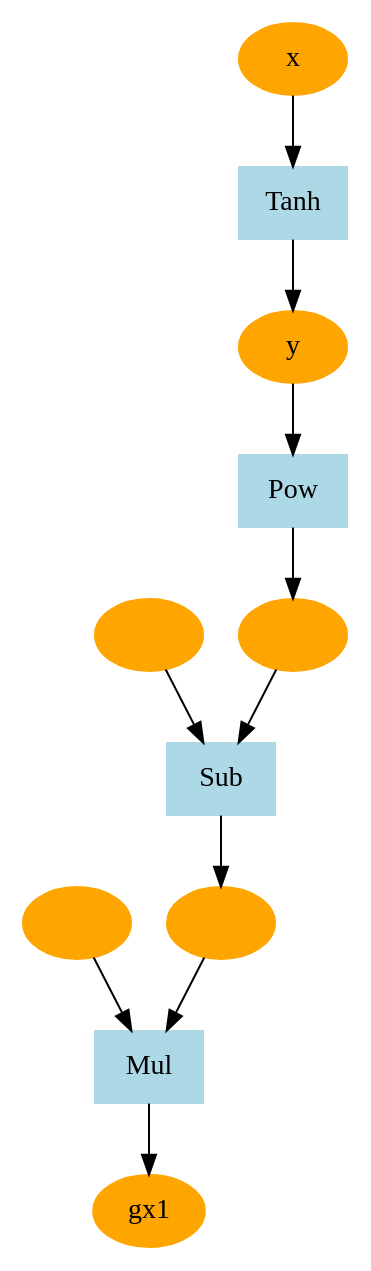
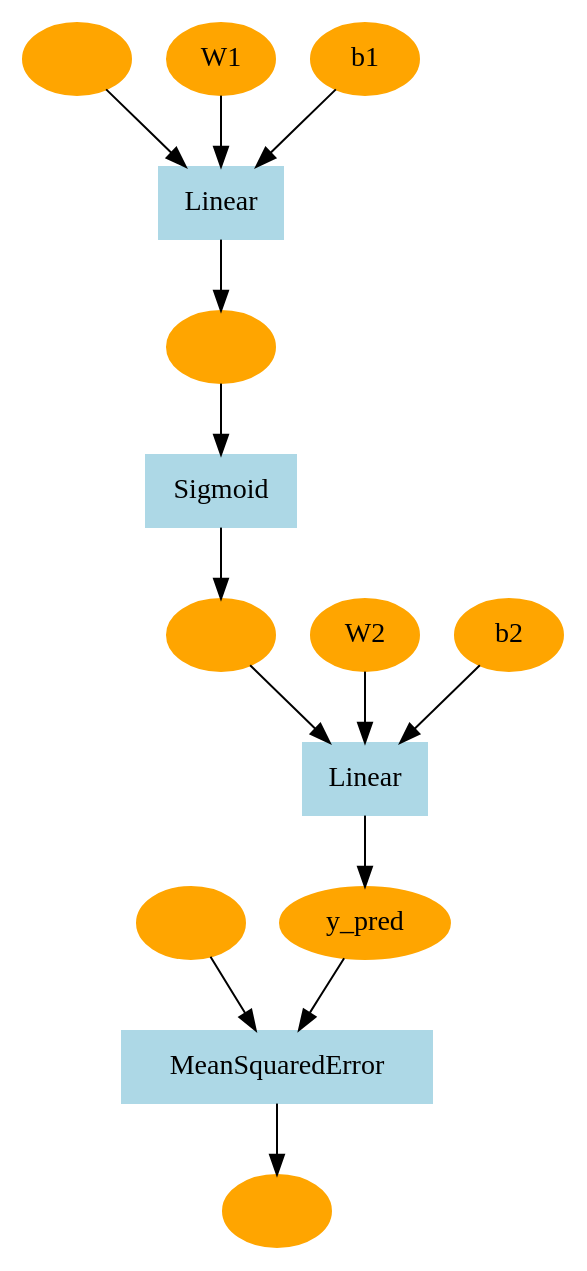
One commit to A-sy-coding/deep-learning_3 changed the diagram in steps/.dezero/tmp_graph.dot. Above: the diagram before and after it, drawn with Graphviz. The commit also changed 721 other files, not shown here.

```diff
--- a/steps/.dezero/tmp_graph.dot
+++ b/steps/.dezero/tmp_graph.dot
@@ -1,23 +1,29 @@
 digraph g {
-1871402618952 [label="gx1" , color=orange, style=filled]
-1871402598280 [label=Mul, color=lightblue, style=filled, shape=box]
-1871399766984 -> 1871402598280
-1871402598216 -> 1871402598280
-1871402598280 -> 1871402618952
-1871399766984 [label="" , color=orange, style=filled]
-1871402598216 [label="" , color=orange, style=filled]
-1871402597832 [label=Sub, color=lightblue, style=filled, shape=box]
-1871402598152 -> 1871402597832
-1871402598024 -> 1871402597832
-1871402597832 -> 1871402598216
-1871402598152 [label="" , color=orange, style=filled]
-1871402598024 [label="" , color=orange, style=filled]
-1871402597576 [label=Pow, color=lightblue, style=filled, shape=box]
-1871402540040 -> 1871402597576
-1871402597576 -> 1871402598024
-1871402540040 [label="y" , color=orange, style=filled]
-1871128156808 [label=Tanh, color=lightblue, style=filled, shape=box]
-1871128156872 -> 1871128156808
-1871128156808 -> 1871402540040
-1871128156872 [label="x" , color=orange, style=filled]
+2777805027976 [label="" , color=orange, style=filled]
+2777805036552 [label=MeanSquaredError, color=lightblue, style=filled, shape=box]
+2777805027144 -> 2777805036552
+2777805034824 -> 2777805036552
+2777805036552 -> 2777805027976
+2777805027144 [label="" , color=orange, style=filled]
+2777805034824 [label="y_pred" , color=orange, style=filled]
+2777805022024 [label=Linear, color=lightblue, style=filled, shape=box]
+2777805023944 -> 2777805022024
+2777714251336 -> 2777805022024
+2777804941320 -> 2777805022024
+2777805022024 -> 2777805034824
+2777805023944 [label="" , color=orange, style=filled]
+2777714251336 [label="W2" , color=orange, style=filled]
+2777804941320 [label="b2" , color=orange, style=filled]
+2777775367816 [label=Sigmoid, color=lightblue, style=filled, shape=box]
+2777804967624 -> 2777775367816
+2777775367816 -> 2777805023944
+2777804967624 [label="" , color=orange, style=filled]
+2777769345224 [label=Linear, color=lightblue, style=filled, shape=box]
+2777775367432 -> 2777769345224
+2777714251272 -> 2777769345224
+2777770081352 -> 2777769345224
+2777769345224 -> 2777804967624
+2777775367432 [label="" , color=orange, style=filled]
+2777714251272 [label="W1" , color=orange, style=filled]
+2777770081352 [label="b1" , color=orange, style=filled]
 }
```
